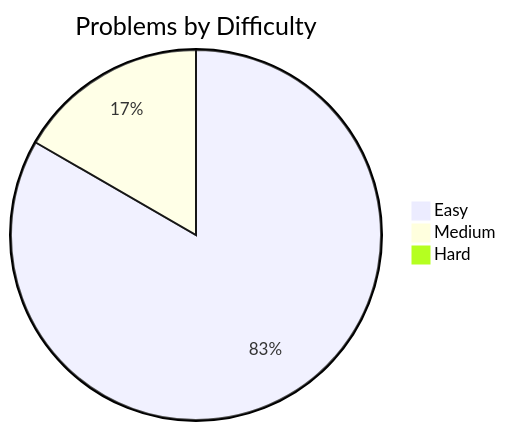
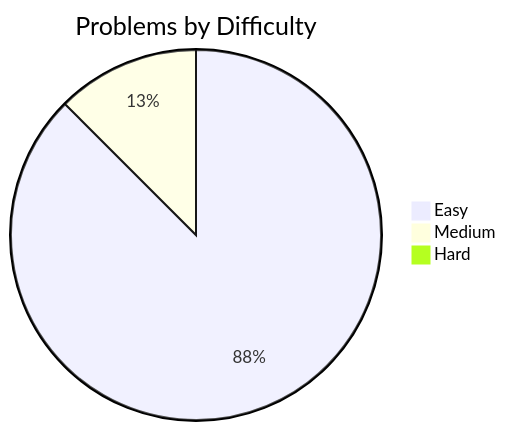
Before and after one commit to davelin18yufan/leetcode-journal: the diagram in README.md, drawn with Mermaid. The commit also changed other lines of this file and 3 other files, not shown here.

````diff
--- a/README.md
+++ b/README.md
@@ -9,7 +9,7 @@
 ```mermaid
 pie
     title Problems by Difficulty
-    "Easy" : 5
+    "Easy" : 7
     "Medium" : 1
     "Hard" : 0
 ```
````
